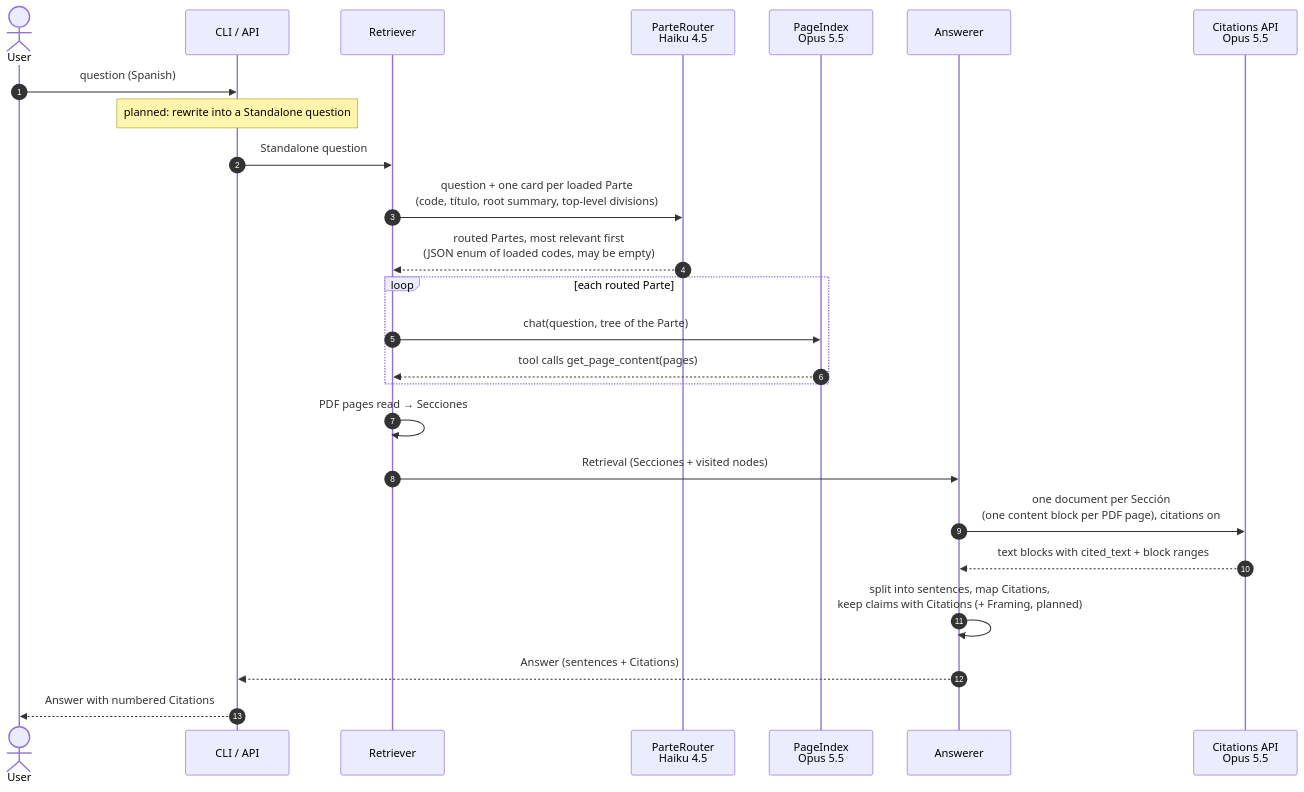
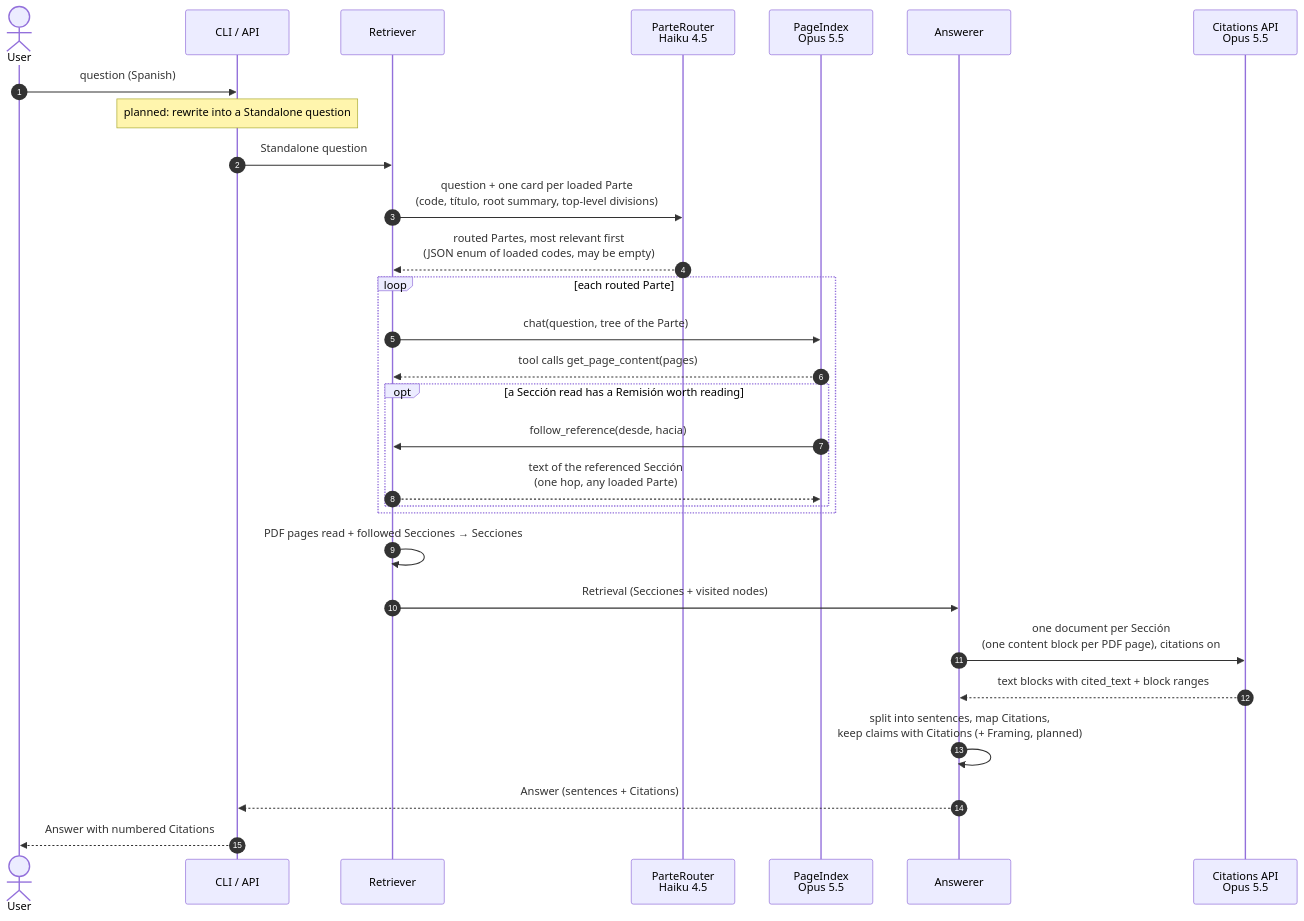
One commit to Guernik/raac-rag changed the diagram in docs/diagrams/answering.mmd. Above: the diagram before and after it, drawn with Mermaid. The commit also changed 13 other files, not shown here.

First line of the commit message:
feat: extract Remisiones at parse time and follow them one hop in tree search

```diff
--- a/docs/diagrams/answering.mmd
+++ b/docs/diagrams/answering.mmd
@@ -1,26 +1,30 @@
 sequenceDiagram
     autonumber
     actor U as User
     participant C as CLI / API
     participant R as Retriever
     participant RT as ParteRouter<br/>Haiku 4.5
     participant P as PageIndex<br/>Opus 5.5
     participant A as Answerer
     participant L as Citations API<br/>Opus 5.5
 
     U->>C: question (Spanish)
     Note over C: planned: rewrite into a Standalone question
     C->>R: Standalone question
     R->>RT: question + one card per loaded Parte<br/>(code, título, root summary, top-level divisions)
     RT-->>R: routed Partes, most relevant first<br/>(JSON enum of loaded codes, may be empty)
     loop each routed Parte
         R->>P: chat(question, tree of the Parte)
         P-->>R: tool calls get_page_content(pages)
+        opt a Sección read has a Remisión worth reading
+            P->>R: follow_reference(desde, hacia)
+            R-->>P: text of the referenced Sección<br/>(one hop, any loaded Parte)
+        end
     end
-    R->>R: PDF pages read → Secciones
+    R->>R: PDF pages read + followed Secciones → Secciones
     R->>A: Retrieval (Secciones + visited nodes)
     A->>L: one document per Sección<br/>(one content block per PDF page), citations on
     L-->>A: text blocks with cited_text + block ranges
     A->>A: split into sentences, map Citations,<br/>keep claims with Citations (+ Framing, planned)
     A-->>C: Answer (sentences + Citations)
     C-->>U: Answer with numbered Citations
```
